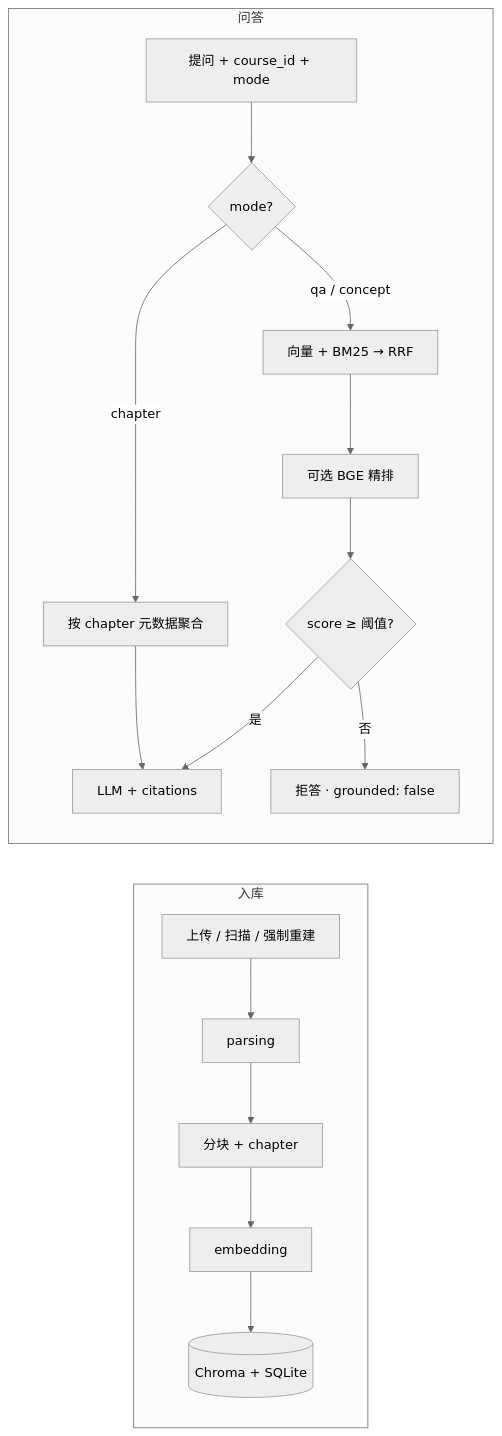
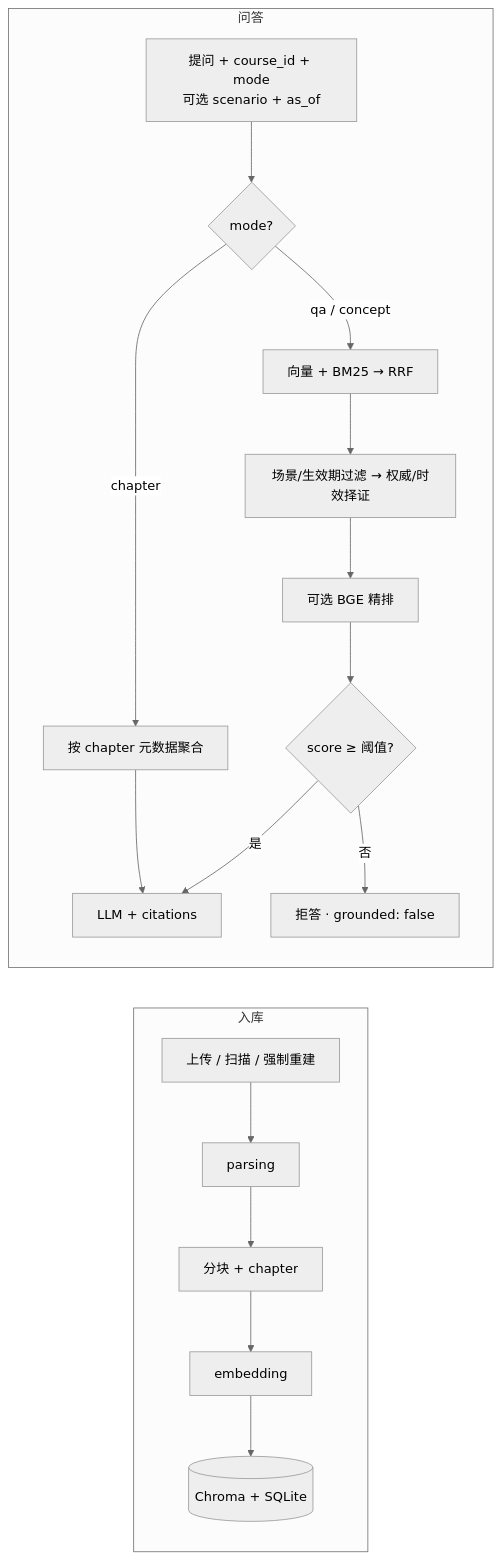
The second of 2 diagrams in README.md (1765889846/exam_qa), drawn with Mermaid (neutral theme) before and after one commit. The commit also changed other lines of this file and 52 other files, not shown here.

````diff
--- a/README.md
+++ b/README.md
@@ -110,17 +113,18 @@
 ```mermaid
 flowchart LR
   subgraph ingest["入库"]
     A1["上传 / 扫描 / 强制重建"] --> A2["parsing"] --> A3["分块 + chapter"] --> A4["embedding"] --> A5[("Chroma + SQLite")]
   end
 
   subgraph ask["问答"]
-    B1["提问 + course_id + mode"] --> B2{"mode?"}
+    B1["提问 + course_id + mode<br/>可选 scenario + as_of"] --> B2{"mode?"}
     B2 -->|qa / concept| B3["向量 + BM25 → RRF"]
-    B3 --> B4["可选 BGE 精排"]
-    B4 --> B5{"score ≥ 阈值?"}
+    B3 --> B4["场景/生效期过滤 → 权威/时效择证"]
+    B4 --> B4A["可选 BGE 精排"]
+    B4A --> B5{"score ≥ 阈值?"}
     B2 -->|chapter| B6["按 chapter 元数据聚合"]
     B5 -->|是| B7["LLM + citations"]
     B5 -->|否| B8["拒答 · grounded: false"]
     B6 --> B7
   end
 ```
````
